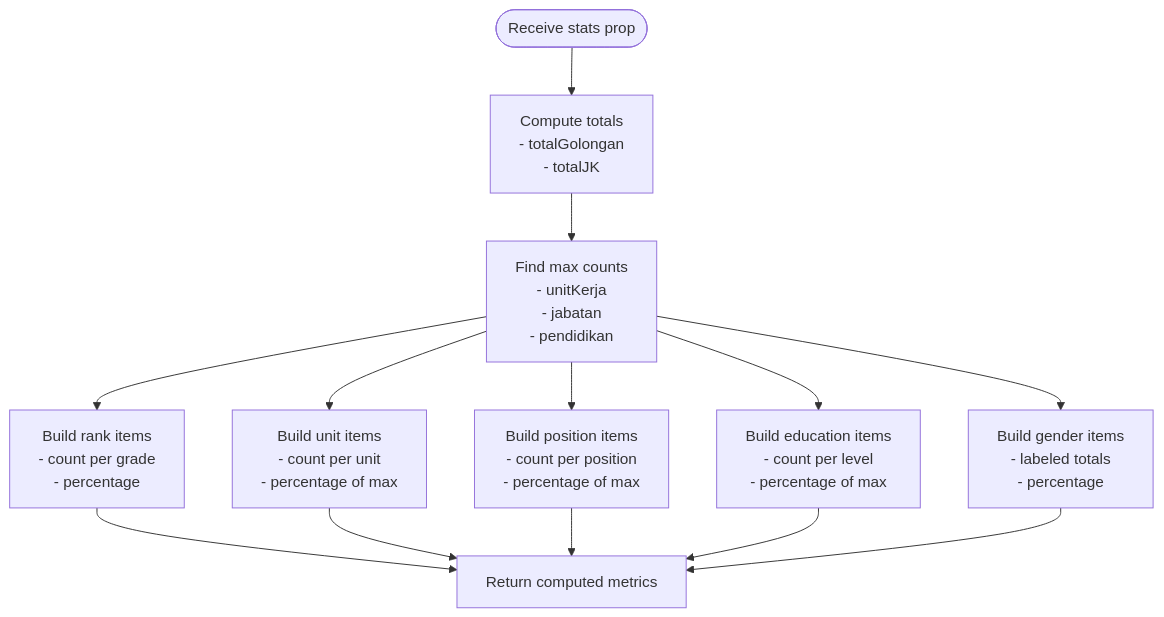
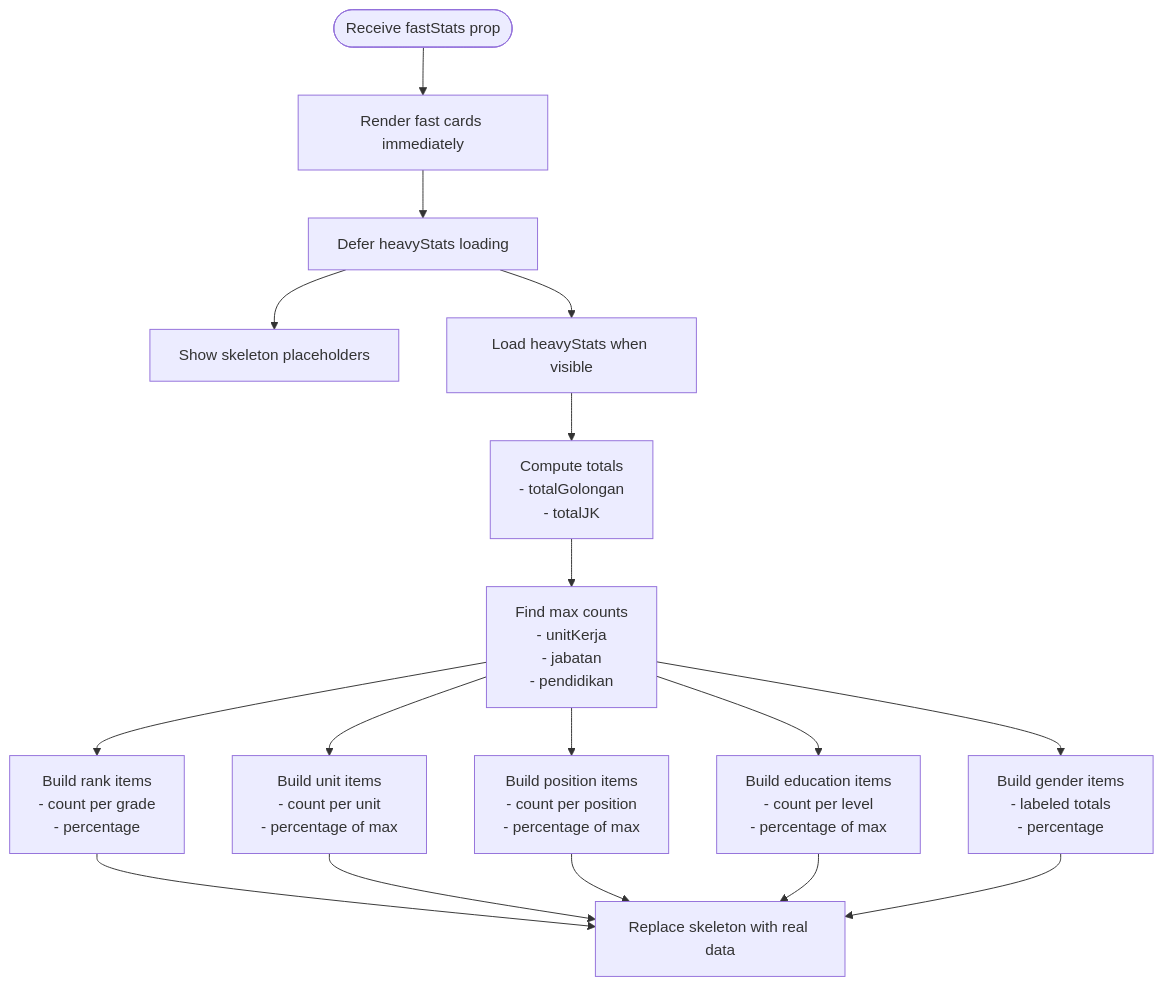
The fourth of 5 diagrams in .qoder/repowiki/en/content/Monitoring and Analytics System/Dashboard Analytics and Statistics.md (PA-Penajam/kepegawaian_apps), drawn with Mermaid before and after one commit. The commit also changed other lines of this file and 22 other files, not shown here.

````diff
--- a/.qoder/repowiki/en/content/Monitoring and Analytics System/Dashboard Analytics and Statistics.md
+++ b/.qoder/repowiki/en/content/Monitoring and Analytics System/Dashboard Analytics and Statistics.md
@@ -233,15 +275,19 @@
 ```mermaid
 flowchart TD
-Start(["Receive stats prop"]) --> ComputeTotals["Compute totals<br/>- totalGolongan<br/>- totalJK"]
+Start(["Receive fastStats prop"]) --> RenderCards["Render fast cards immediately"]
+RenderCards --> DeferHeavy["Defer heavyStats loading"]
+DeferHeavy --> ShowSkeleton["Show skeleton placeholders"]
+DeferHeavy --> LoadHeavy["Load heavyStats when visible"]
+LoadHeavy --> ComputeTotals["Compute totals<br/>- totalGolongan<br/>- totalJK"]
 ComputeTotals --> FindMax["Find max counts<br/>- unitKerja<br/>- jabatan<br/>- pendidikan"]
 FindMax --> BuildRank["Build rank items<br/>- count per grade<br/>- percentage"]
 FindMax --> BuildUnit["Build unit items<br/>- count per unit<br/>- percentage of max"]
 FindMax --> BuildPos["Build position items<br/>- count per position<br/>- percentage of max"]
 FindMax --> BuildEdu["Build education items<br/>- count per level<br/>- percentage of max"]
 FindMax --> BuildGender["Build gender items<br/>- labeled totals<br/>- percentage"]
-BuildRank --> Output["Return computed metrics"]
-BuildUnit --> Output
-BuildPos --> Output
-BuildEdu --> Output
-BuildGender --> Output
+BuildRank --> ReplaceSkeleton["Replace skeleton with real data"]
+BuildUnit --> ReplaceSkeleton
+BuildPos --> ReplaceSkeleton
+BuildEdu --> ReplaceSkeleton
+BuildGender --> ReplaceSkeleton
 ```
````
